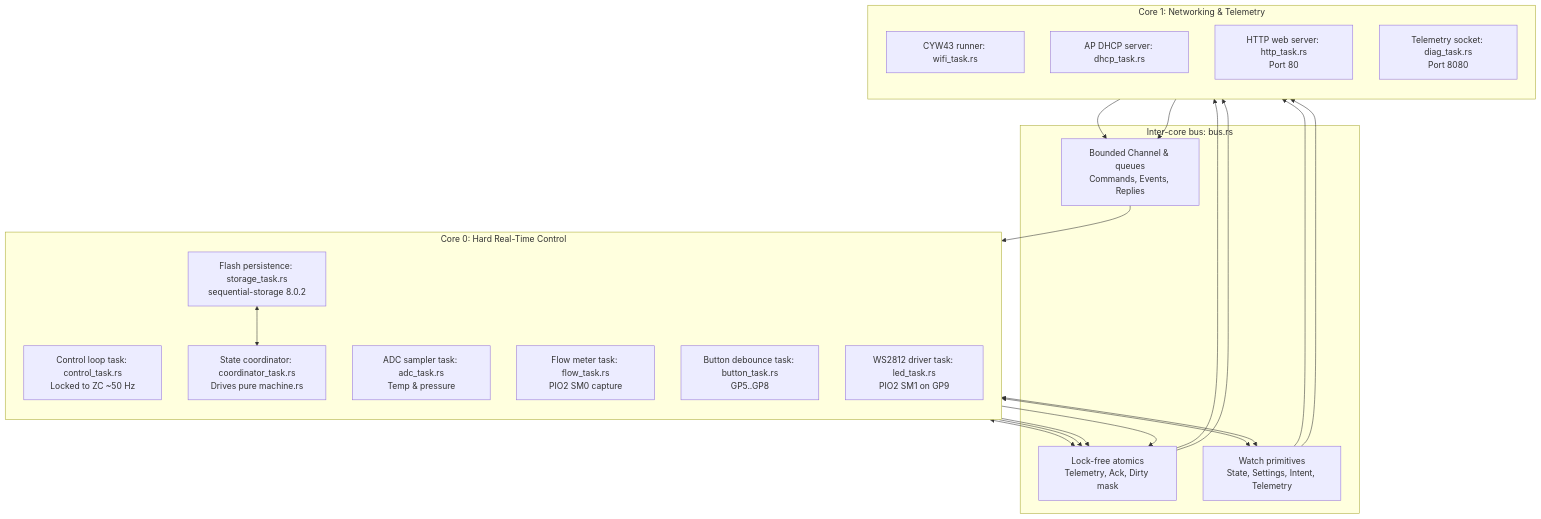
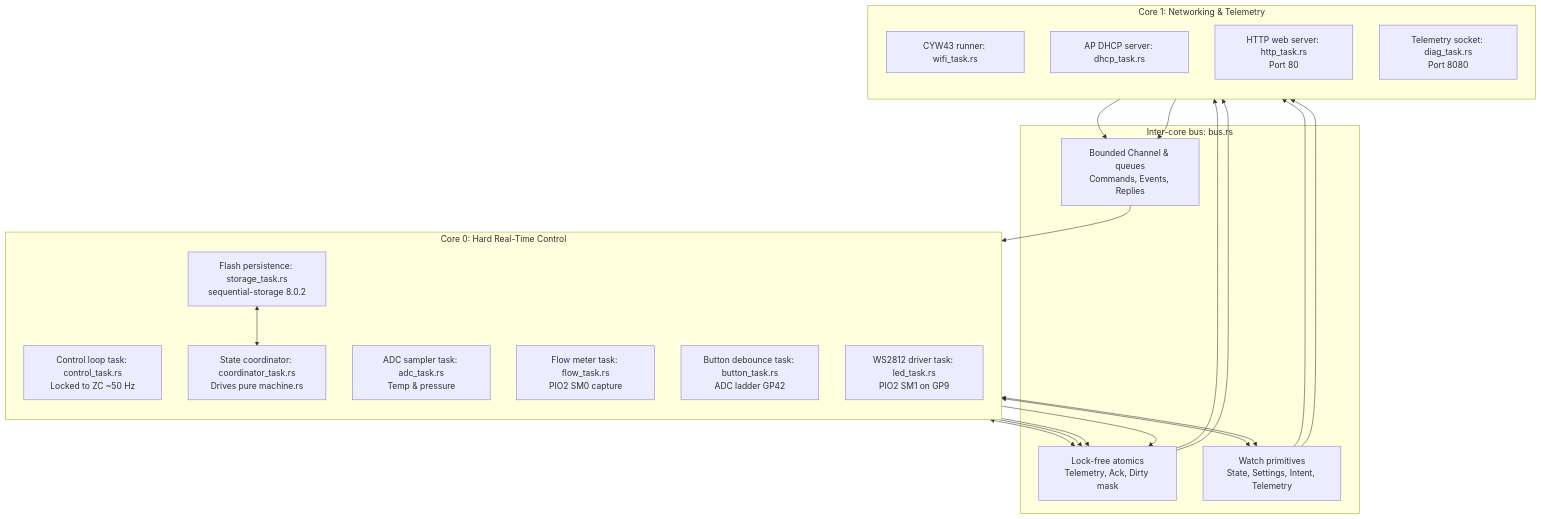
The diagram in docs/firmware.md (pchala/oximite), drawn with Mermaid before and after one commit. The commit also changed other lines of this file and 26 other files, not shown here.

Commit message:
Replace four button GPIOs with single-ADC resistor ladder

````diff
--- a/docs/firmware.md
+++ b/docs/firmware.md
@@ -15,43 +15,43 @@
 ```mermaid
 flowchart TB
     subgraph Core0[Core 0: Hard Real-Time Control]
         direction TB
         ZC_TASK[Control loop task: control_task.rs<br/>Locked to ZC ~50 Hz]
         ADC_TASK[ADC sampler task: adc_task.rs<br/>Temp & pressure]
         FLOW_TASK[Flow meter task: flow_task.rs<br/>PIO2 SM0 capture]
         COORD[State coordinator: coordinator_task.rs<br/>Drives pure machine.rs]
-        BTN[Button debounce task: button_task.rs<br/>GP5..GP8]
+        BTN[Button debounce task: button_task.rs<br/>ADC ladder GP42]
         LED[WS2812 driver task: led_task.rs<br/>PIO2 SM1 on GP9]
         FLASH_OWNER[Flash persistence: storage_task.rs<br/>sequential-storage 8.0.2]
     end
 
     subgraph Core1[Core 1: Networking & Telemetry]
         direction TB
         CYW[CYW43 runner: wifi_task.rs]
         DHCP[AP DHCP server: dhcp_task.rs]
         HTTP[HTTP web server: http_task.rs<br/>Port 80]
         SOCKET[Telemetry socket: diag_task.rs<br/>Port 8080]
     end
 
     subgraph Shared[Inter-core bus: bus.rs]
         ATOMICS[Lock-free atomics<br/>Telemetry, Ack, Dirty mask]
         WATCH[Watch primitives<br/>State, Settings, Intent, Telemetry]
         CMD_CH[Bounded Channel & queues<br/>Commands, Events, Replies]
     end
 
     ZC_TASK <--> ATOMICS
     ZC_TASK <--> WATCH
     ADC_TASK --> ATOMICS
     FLOW_TASK --> ATOMICS
     COORD --> ATOMICS
     COORD <--> WATCH
     CMD_CH --> COORD
     FLASH_OWNER <--> COORD
 
     ATOMICS --> HTTP
     ATOMICS --> SOCKET
     WATCH --> HTTP
     WATCH --> SOCKET
     SOCKET --> CMD_CH
     HTTP --> CMD_CH
 ```
````
